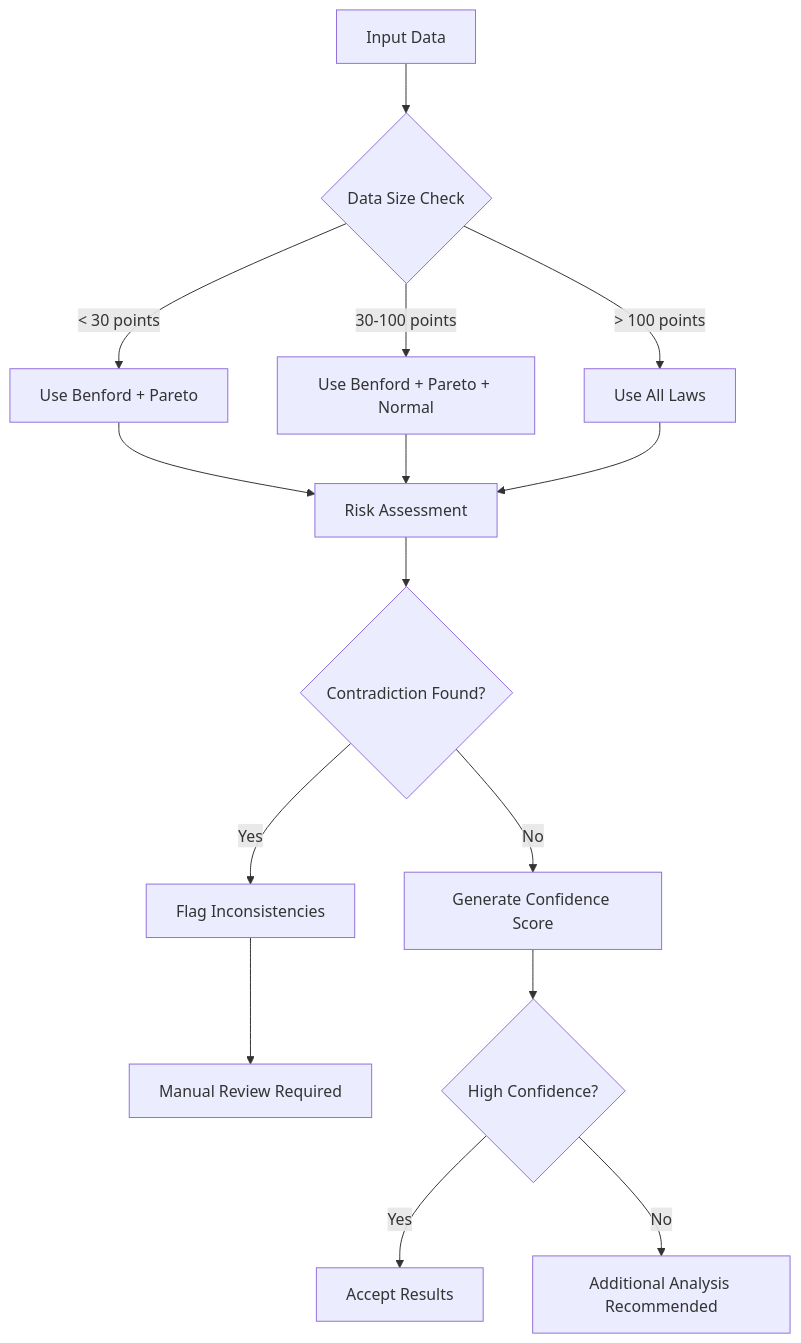
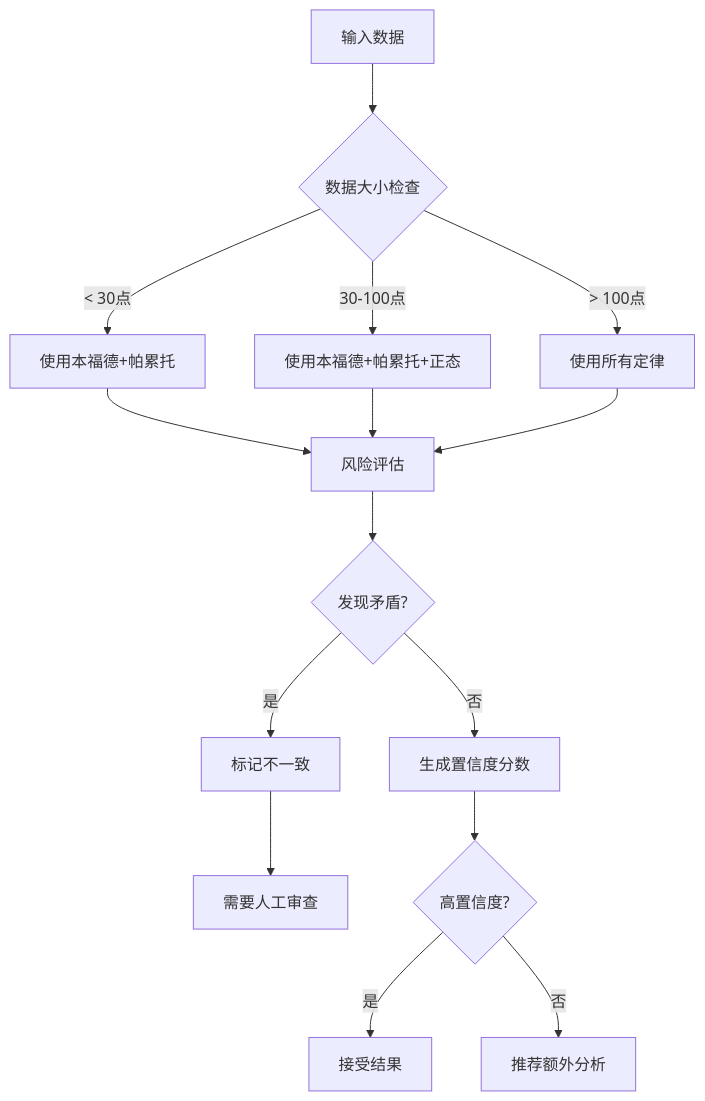
One commit to kako-jun/lawkit changed the diagram in docs/user-guide/usage_zh.md. Above: the diagram before and after it, drawn with Mermaid. The commit also changed other lines of this file and 9 other files, not shown here.

````diff
--- a/docs/user-guide/usage_zh.md
+++ b/docs/user-guide/usage_zh.md
@@ -329,21 +329,21 @@
 ```mermaid
 flowchart TD
-    A[Input Data] --> B{Data Size Check}
-    B -->|< 30 points| C[Use Benford + Pareto]
-    B -->|30-100 points| D[Use Benford + Pareto + Normal]
-    B -->|> 100 points| E[Use All Laws]
+    A[输入数据] --> B{数据大小检查}
+    B -->|< 30点| C[使用本福德+帕累托]
+    B -->|30-100点| D[使用本福德+帕累托+正态]
+    B -->|> 100点| E[使用所有定律]
     
-    C --> F[Risk Assessment]
+    C --> F[风险评估]
     D --> F
     E --> F
     
-    F --> G{Contradiction Found?}
-    G -->|Yes| H[Flag Inconsistencies]
-    G -->|No| I[Generate Confidence Score]
+    F --> G{发现矛盾?}
+    G -->|是| H[标记不一致]
+    G -->|否| I[生成置信度分数]
     
-    H --> J[Manual Review Required]
-    I --> K{High Confidence?}
-    K -->|Yes| L[Accept Results]
-    K -->|No| M[Additional Analysis Recommended]
+    H --> J[需要人工审查]
+    I --> K{高置信度?}
+    K -->|是| L[接受结果]
+    K -->|否| M[推荐额外分析]
     
 ```
````
